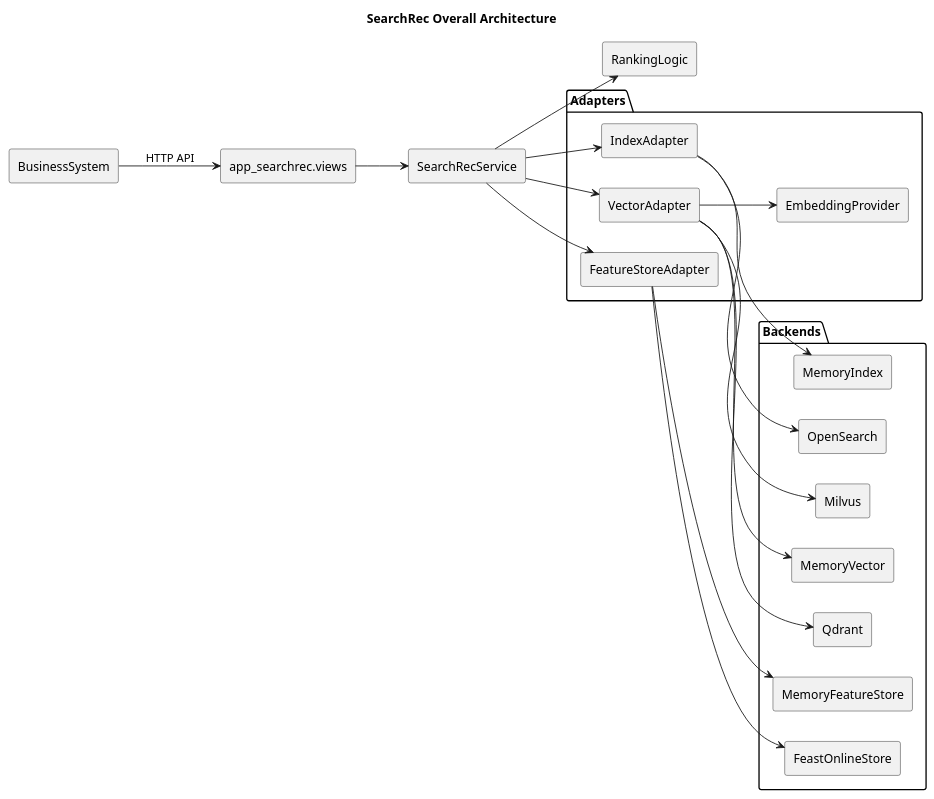
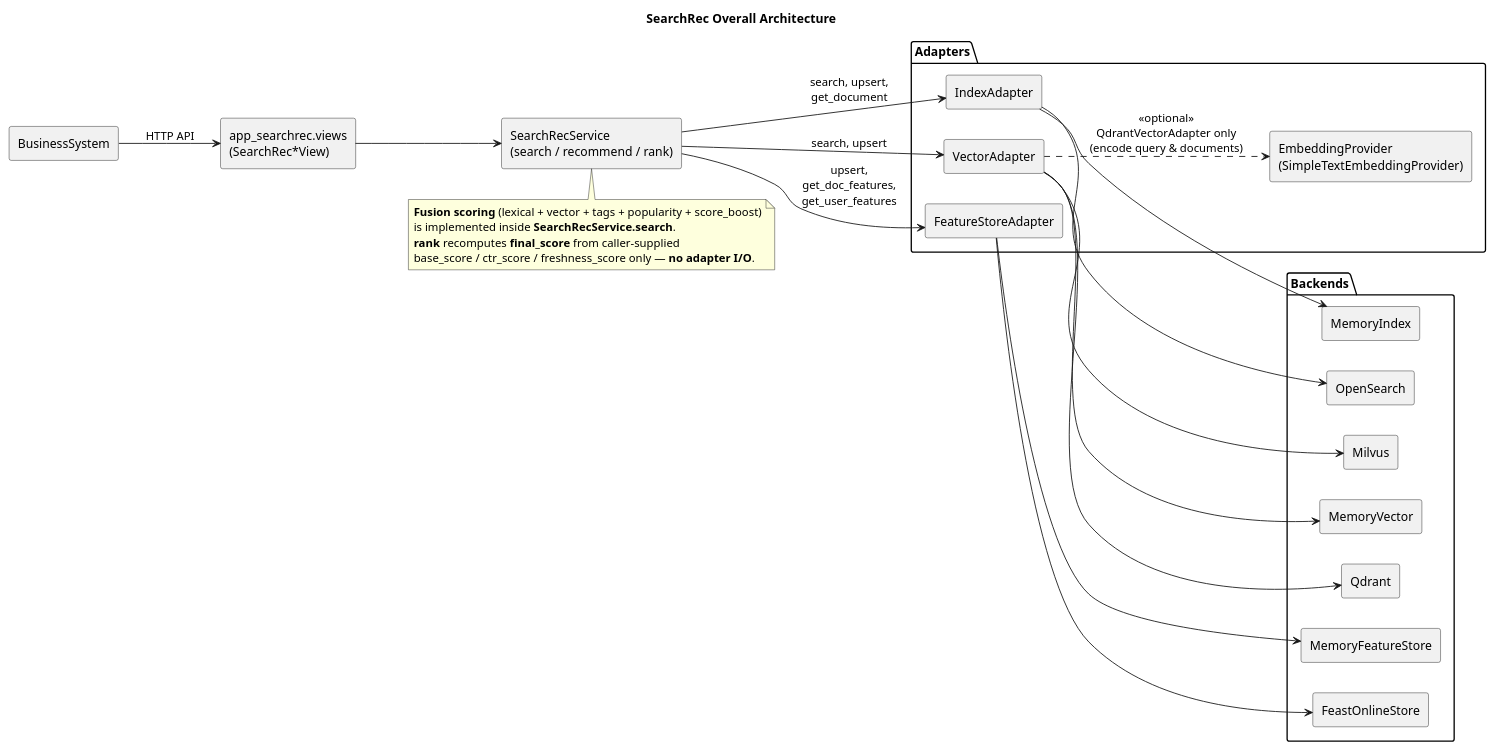
One commit to zhang1career/service-foundation changed the diagram in app_searchrec/docs/architecture_flow.puml. Above: the diagram before and after it, drawn with PlantUML. The commit also changed 18 other files, not shown here.

```diff
--- a/app_searchrec/docs/architecture_flow.puml
+++ b/app_searchrec/docs/architecture_flow.puml
@@ -1,45 +1,50 @@
 @startuml
 title SearchRec Overall Architecture
 left to right direction
 skinparam shadowing false
 
 rectangle "BusinessSystem" as BusinessSystem
-rectangle "app_searchrec.views" as SearchRecAPI
-rectangle "SearchRecService" as SearchRecService
-rectangle "RankingLogic" as RankEngine
+rectangle "app_searchrec.views\n(SearchRec*View)" as SearchRecAPI
+rectangle "SearchRecService\n(search / recommend / rank)" as SearchRecService
 
 package "Adapters" as adapters {
   rectangle "IndexAdapter" as IndexAdapter
   rectangle "VectorAdapter" as VectorAdapter
   rectangle "FeatureStoreAdapter" as FeatureAdapter
-  rectangle "EmbeddingProvider" as EmbedProvider
+  rectangle "EmbeddingProvider\n(SimpleTextEmbeddingProvider)" as EmbedProvider
 }
 
 package "Backends" as backends {
   rectangle "MemoryIndex" as MemoryIndex
   rectangle "OpenSearch" as OpenSearch
   rectangle "MemoryVector" as MemoryVector
   rectangle "Qdrant" as Qdrant
   rectangle "Milvus" as Milvus
   rectangle "MemoryFeatureStore" as MemoryFeature
   rectangle "FeastOnlineStore" as Feast
 }
 
 BusinessSystem --> SearchRecAPI : HTTP API
 SearchRecAPI --> SearchRecService
 
-SearchRecService --> IndexAdapter
-SearchRecService --> VectorAdapter
-SearchRecService --> FeatureAdapter
-SearchRecService --> RankEngine
+SearchRecService --> IndexAdapter : search, upsert,\nget_document
+SearchRecService --> VectorAdapter : search, upsert
+SearchRecService --> FeatureAdapter : upsert,\nget_doc_features,\nget_user_features
 
-VectorAdapter --> EmbedProvider
+note bottom of SearchRecService
+  **Fusion scoring** (lexical + vector + tags + popularity + score_boost)
+  is implemented inside **SearchRecService.search**.
+  **rank** recomputes **final_score** from caller-supplied
+  base_score / ctr_score / freshness_score only — **no adapter I/O**.
+end note
+
+VectorAdapter ..> EmbedProvider : <<optional>>\nQdrantVectorAdapter only\n(encode query & documents)
 
 IndexAdapter --> MemoryIndex
 IndexAdapter --> OpenSearch
 VectorAdapter --> MemoryVector
 VectorAdapter --> Qdrant
 VectorAdapter --> Milvus
 FeatureAdapter --> MemoryFeature
 FeatureAdapter --> Feast
 @enduml
```
